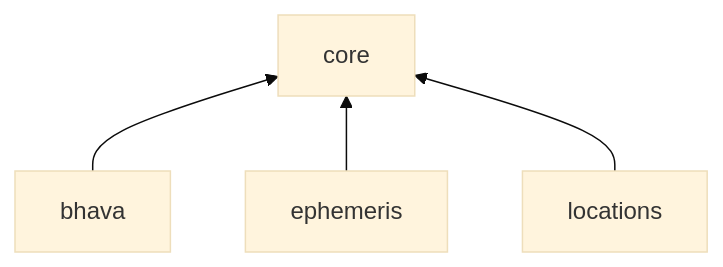
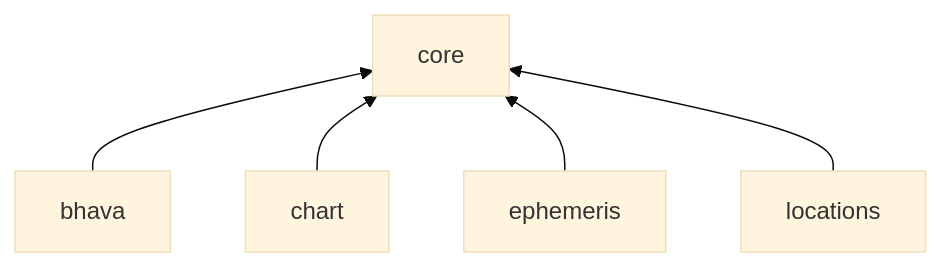
One commit to vgnshlvnz/kundli-app changed the first of 2 diagrams in MODULES.md. Above: the diagram before and after it, drawn with Mermaid (base theme). The commit also changed other lines of this file, not shown here.

Commit message:
docs: document chart in MODULES.md

````diff
--- a/MODULES.md
+++ b/MODULES.md
@@ -21,7 +22,8 @@
 ```mermaid
 graph BT
   bhava --> core
+  chart --> core
   core
   ephemeris --> core
   locations --> core
 ```
````
